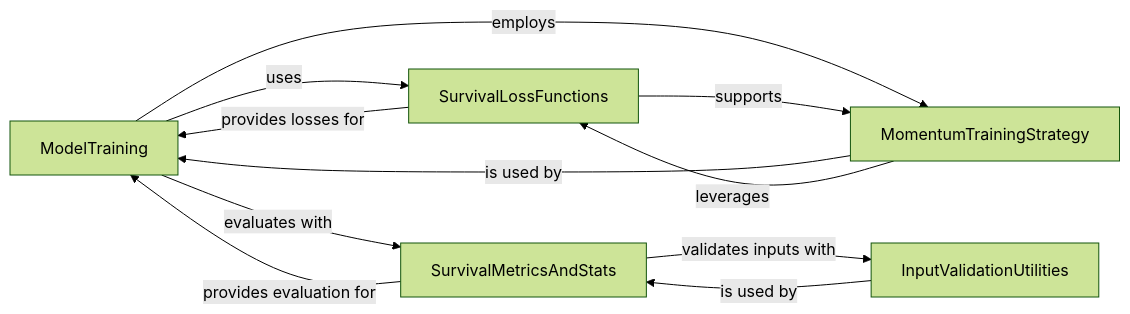
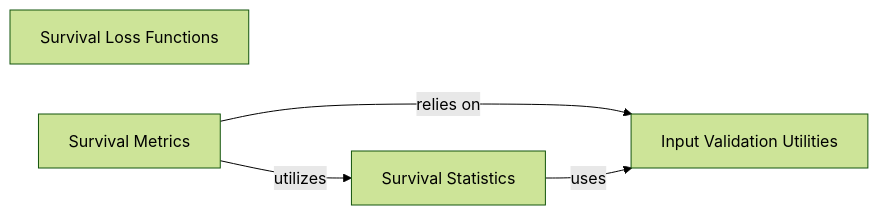
Before and after one commit to CodeBoarding/GeneratedOnBoardings: the diagram in torchsurv/on_boarding.md, drawn with Mermaid (forest theme). The commit also changed other lines of this file and 31 other files, not shown here.

````diff
--- a/torchsurv/on_boarding.md
+++ b/torchsurv/on_boarding.md
@@ -1,23 +1,13 @@
 ```mermaid
 graph LR
-    ModelTraining["ModelTraining"]
-    SurvivalLossFunctions["SurvivalLossFunctions"]
-    MomentumTrainingStrategy["MomentumTrainingStrategy"]
-    SurvivalMetricsAndStats["SurvivalMetricsAndStats"]
-    InputValidationUtilities["InputValidationUtilities"]
-    ModelTraining -- "uses" --> SurvivalLossFunctions
-    ModelTraining -- "evaluates with" --> SurvivalMetricsAndStats
-    ModelTraining -- "employs" --> MomentumTrainingStrategy
-    SurvivalLossFunctions -- "provides losses for" --> ModelTraining
-    SurvivalLossFunctions -- "supports" --> MomentumTrainingStrategy
-    MomentumTrainingStrategy -- "is used by" --> ModelTraining
-    MomentumTrainingStrategy -- "leverages" --> SurvivalLossFunctions
-    SurvivalMetricsAndStats -- "provides evaluation for" --> ModelTraining
-    SurvivalMetricsAndStats -- "validates inputs with" --> InputValidationUtilities
-    InputValidationUtilities -- "is used by" --> SurvivalMetricsAndStats
-    click ModelTraining href "https://github.com/CodeBoarding/GeneratedOnBoardings/blob/main/torchsurv/ModelTraining.md" "Details"
-    click SurvivalLossFunctions href "https://github.com/CodeBoarding/GeneratedOnBoardings/blob/main/torchsurv/SurvivalLossFunctions.md" "Details"
-    click MomentumTrainingStrategy href "https://github.com/CodeBoarding/GeneratedOnBoardings/blob/main/torchsurv/MomentumTrainingStrategy.md" "Details"
-    click SurvivalMetricsAndStats href "https://github.com/CodeBoarding/GeneratedOnBoardings/blob/main/torchsurv/SurvivalMetricsAndStats.md" "Details"
-    click InputValidationUtilities href "https://github.com/CodeBoarding/GeneratedOnBoardings/blob/main/torchsurv/InputValidationUtilities.md" "Details"
+    Survival_Loss_Functions["Survival Loss Functions"]
+    Survival_Metrics["Survival Metrics"]
+    Survival_Statistics["Survival Statistics"]
+    Input_Validation_Utilities["Input Validation Utilities"]
+    Survival_Metrics -- "relies on" --> Input_Validation_Utilities
+    Survival_Metrics -- "utilizes" --> Survival_Statistics
+    Survival_Statistics -- "uses" --> Input_Validation_Utilities
+    click Survival_Loss_Functions href "https://github.com/CodeBoarding/GeneratedOnBoardings/blob/main/torchsurv/Survival_Loss_Functions.md" "Details"
+    click Survival_Metrics href "https://github.com/CodeBoarding/GeneratedOnBoardings/blob/main/torchsurv/Survival_Metrics.md" "Details"
+    click Survival_Statistics href "https://github.com/CodeBoarding/GeneratedOnBoardings/blob/main/torchsurv/Survival_Statistics.md" "Details"
 ```
````
